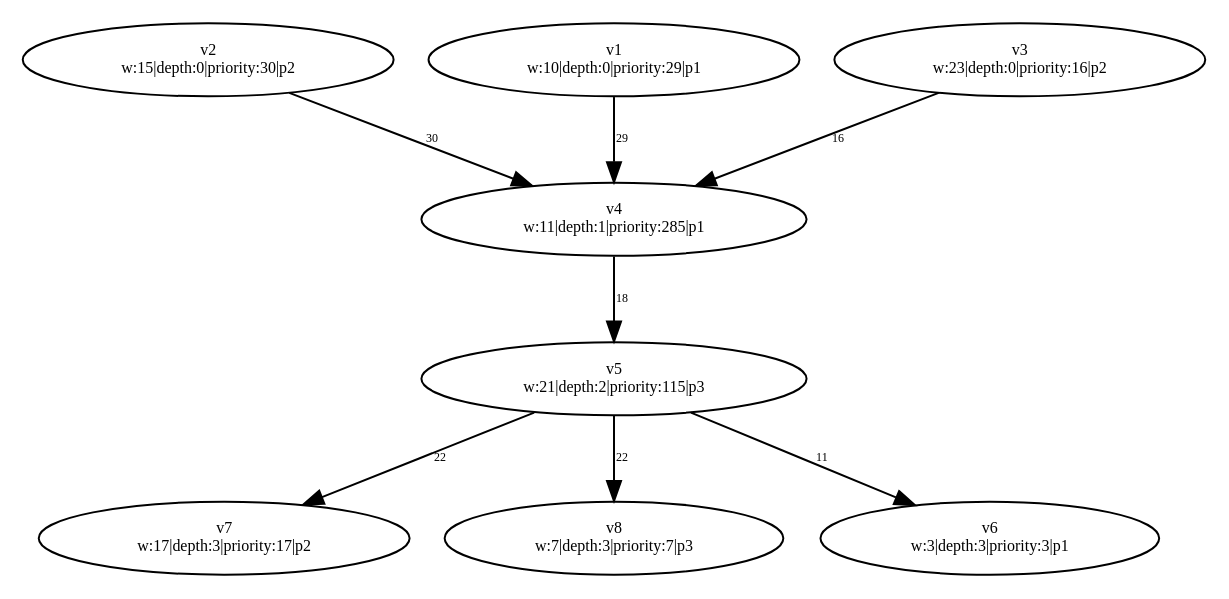
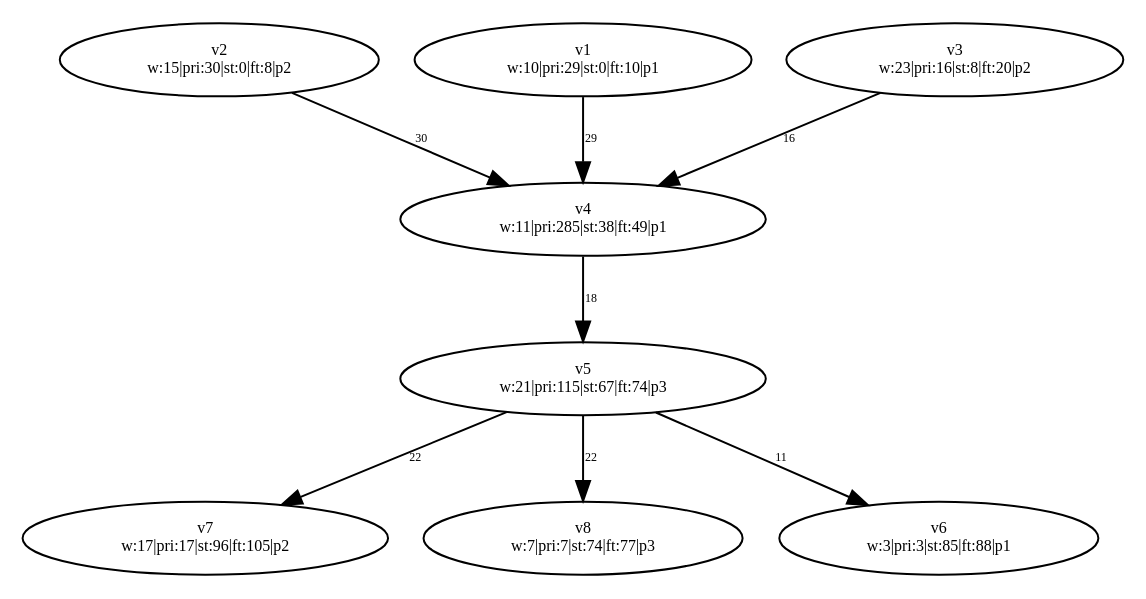
The diagram in PythonApplication1/PythonApplication1/test-output/slika_3.gv (dexters1/Task-Scheduling-Based-on-Genetic-Algorithms), drawn with Graphviz before and after one commit. The commit also changed 51 other files, not shown here.

Commit message:
Finished unitTesting for Graph + Processor modules

```diff
--- a/PythonApplication1/PythonApplication1/test-output/slika_3.gv
+++ b/PythonApplication1/PythonApplication1/test-output/slika_3.gv
@@ -1,25 +1,25 @@
 digraph {
 	v2 [label="v2
-w:15|depth:0|priority:30|p2" fontsize=8.0]
+w:15|pri:30|st:0|ft:8|p2" fontsize=8.0]
 	v1 [label="v1
-w:10|depth:0|priority:29|p1" fontsize=8.0]
+w:10|pri:29|st:0|ft:10|p1" fontsize=8.0]
 	v3 [label="v3
-w:23|depth:0|priority:16|p2" fontsize=8.0]
+w:23|pri:16|st:8|ft:20|p2" fontsize=8.0]
 	v4 [label="v4
-w:11|depth:1|priority:285|p1" fontsize=8.0]
+w:11|pri:285|st:38|ft:49|p1" fontsize=8.0]
 	v5 [label="v5
-w:21|depth:2|priority:115|p3" fontsize=8.0]
+w:21|pri:115|st:67|ft:74|p3" fontsize=8.0]
 	v7 [label="v7
-w:17|depth:3|priority:17|p2" fontsize=8.0]
+w:17|pri:17|st:96|ft:105|p2" fontsize=8.0]
 	v8 [label="v8
-w:7|depth:3|priority:7|p3" fontsize=8.0]
+w:7|pri:7|st:74|ft:77|p3" fontsize=8.0]
 	v6 [label="v6
-w:3|depth:3|priority:3|p1" fontsize=8.0]
+w:3|pri:3|st:85|ft:88|p1" fontsize=8.0]
 	v1 -> v4 [label=29 constraint=true fontsize=6.0]
 	v2 -> v4 [label=30 constraint=true fontsize=6.0]
 	v3 -> v4 [label=16 constraint=true fontsize=6.0]
 	v4 -> v5 [label=18 constraint=true fontsize=6.0]
 	v5 -> v6 [label=11 constraint=true fontsize=6.0]
 	v5 -> v7 [label=22 constraint=true fontsize=6.0]
 	v5 -> v8 [label=22 constraint=true fontsize=6.0]
 }
```
